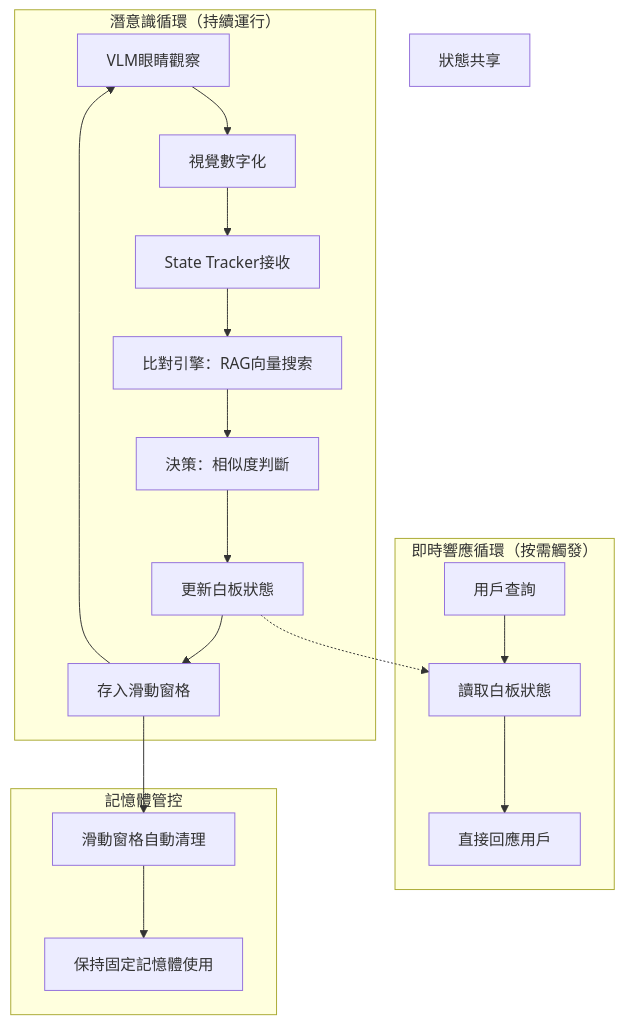
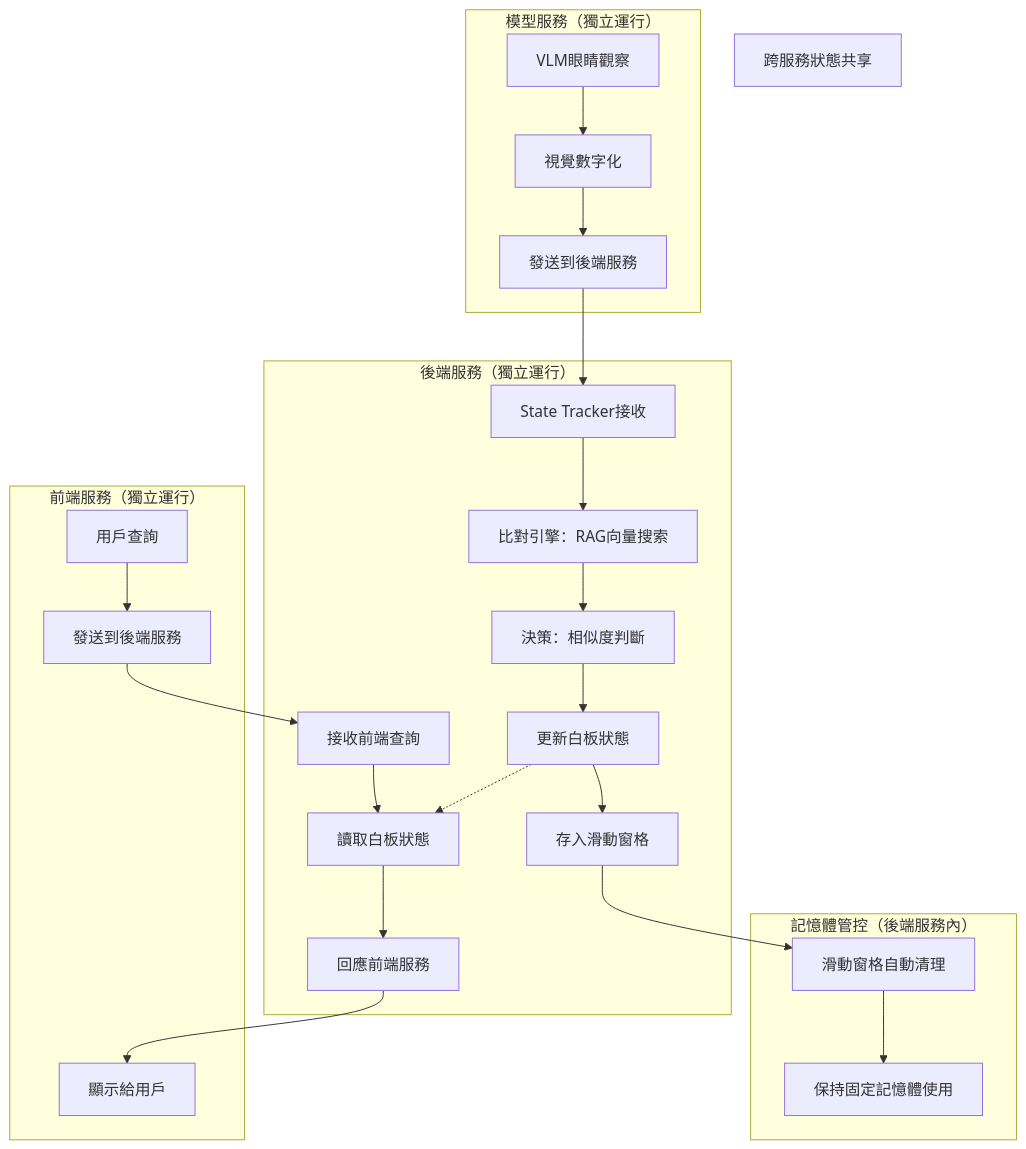
Before and after one commit to yitzuliu/DissertationDemo: the fifth of 5 diagrams in .kiro/specs/memory-system/design.md, drawn with Mermaid. The commit also changed other lines of this file and 4 other files, not shown here.

First line of the commit message:
feat: Add architecture overview and update implementation readiness documents

````diff
--- a/.kiro/specs/memory-system/design.md
+++ b/.kiro/specs/memory-system/design.md
@@ -398,25 +398,32 @@
 ```mermaid
 graph TB
-    subgraph "潛意識循環（持續運行）"
+    subgraph "模型服務（獨立運行）"
         A[VLM眼睛觀察] --> B[視覺數字化]
-        B --> C[State Tracker接收]
-        C --> D[比對引擎：RAG向量搜索]
-        D --> E[決策：相似度判斷]
-        E --> F[更新白板狀態]
-        F --> G[存入滑動窗格]
-        G --> A
+        B --> C[發送到後端服務]
     end
     
-    subgraph "即時響應循環（按需觸發）"
-        H[用戶查詢] --> I[讀取白板狀態]
-        I --> J[直接回應用戶]
+    subgraph "後端服務（獨立運行）"
+        C --> D[State Tracker接收]
+        D --> E[比對引擎：RAG向量搜索]
+        E --> F[決策：相似度判斷]
+        F --> G[更新白板狀態]
+        G --> H[存入滑動窗格]
+        
+        I[接收前端查詢] --> J[讀取白板狀態]
+        J --> K[回應前端服務]
     end
     
-    subgraph "記憶體管控"
-        G --> K[滑動窗格自動清理]
-        K --> L[保持固定記憶體使用]
+    subgraph "前端服務（獨立運行）"
+        L[用戶查詢] --> M[發送到後端服務]
+        M --> I
+        K --> N[顯示給用戶]
     end
     
-    F -.-> I
-    Note1[狀態共享]
+    subgraph "記憶體管控（後端服務內）"
+        H --> O[滑動窗格自動清理]
+        O --> P[保持固定記憶體使用]
+    end
+    
+    G -.-> J
+    Note1[跨服務狀態共享]
 ```
````
